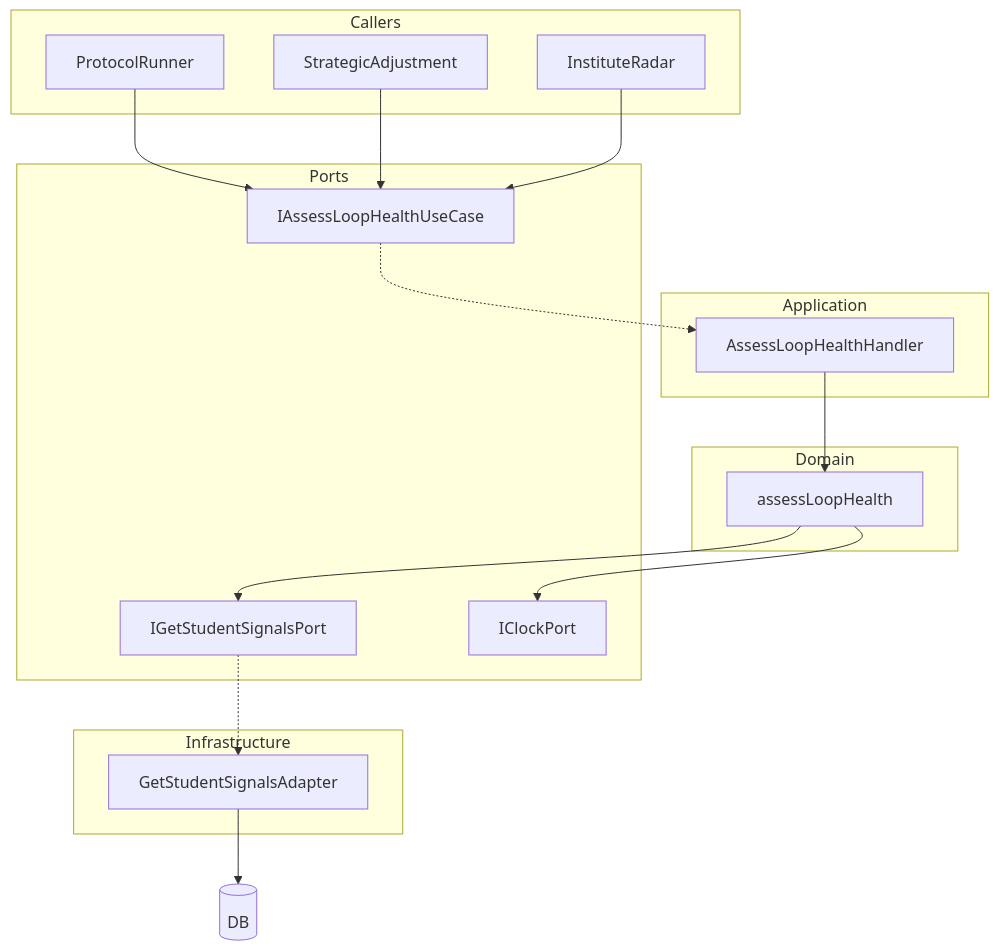
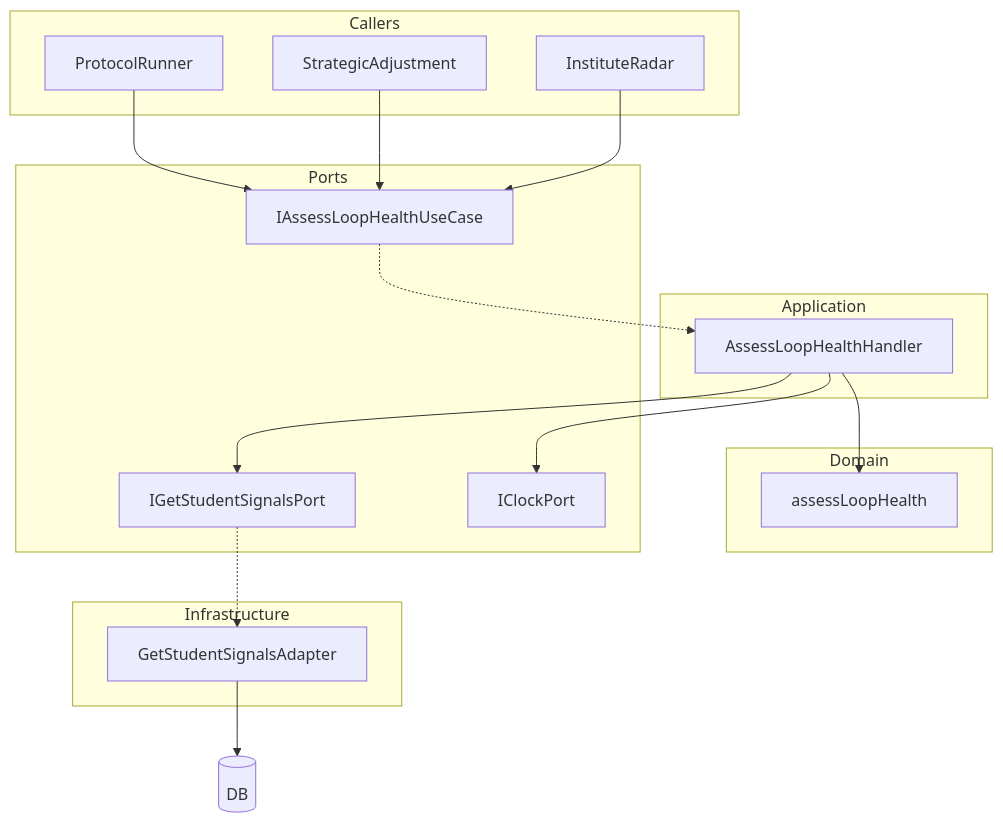
Before and after one commit to Mukul1312/ELI: the diagram in .cursor/plans/lha_implementation_plan_4a583ceb.plan.md, drawn with Mermaid. The commit also changed other lines of this file, not shown here.

````diff
--- a/.cursor/plans/lha_implementation_plan_4a583ceb.plan.md
+++ b/.cursor/plans/lha_implementation_plan_4a583ceb.plan.md
@@ -20,38 +22,38 @@
 ```mermaid
 flowchart TB
     subgraph Callers [Callers]
         ProtocolRunner
         StrategicAdjustment
         InstituteRadar
     end
 
     subgraph Application [Application]
         AssessLoopHealthHandler
     end
 
     subgraph Domain [Domain]
         AssessLoopHealth[assessLoopHealth]
     end
 
     subgraph Ports [Ports]
         IAssessLoopHealthUseCase
         IGetStudentSignalsPort
         IClockPort
     end
 
     subgraph Infra [Infrastructure]
         GetStudentSignalsAdapter
     end
 
     ProtocolRunner --> IAssessLoopHealthUseCase
     StrategicAdjustment --> IAssessLoopHealthUseCase
     InstituteRadar --> IAssessLoopHealthUseCase
 
     IAssessLoopHealthUseCase -.-> AssessLoopHealthHandler
+    AssessLoopHealthHandler --> IGetStudentSignalsPort
+    AssessLoopHealthHandler --> IClockPort
     AssessLoopHealthHandler --> AssessLoopHealth
-    AssessLoopHealth --> IGetStudentSignalsPort
-    AssessLoopHealth --> IClockPort
 
     IGetStudentSignalsPort -.-> GetStudentSignalsAdapter
     GetStudentSignalsAdapter --> DB[(DB)]
 ```
````
